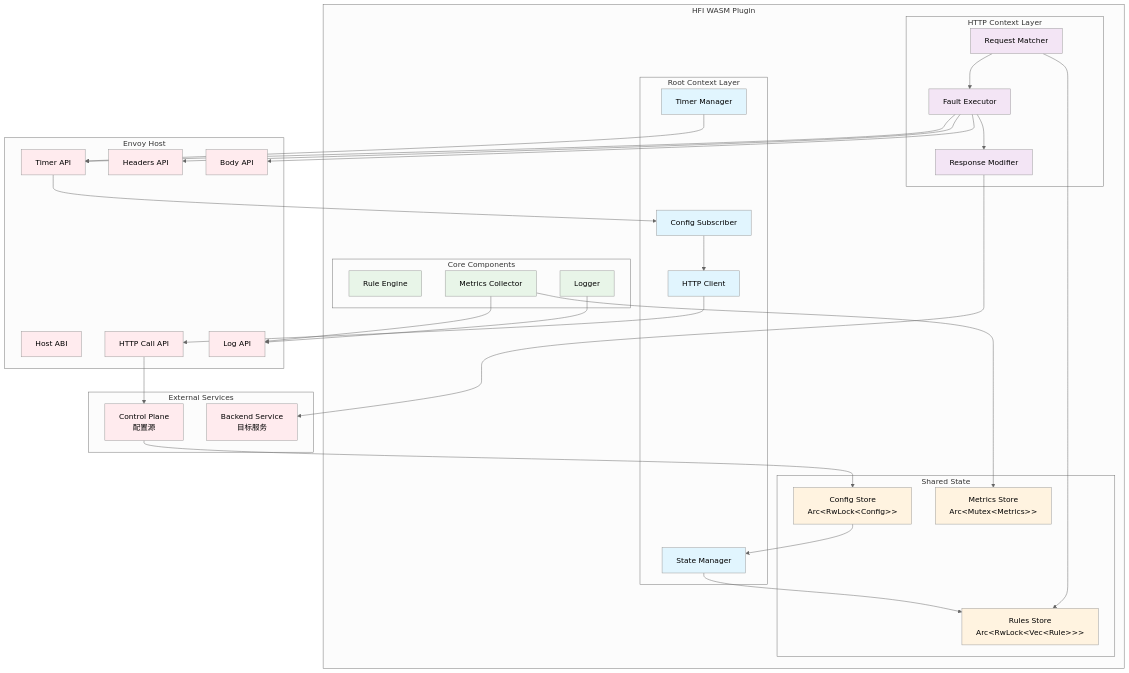
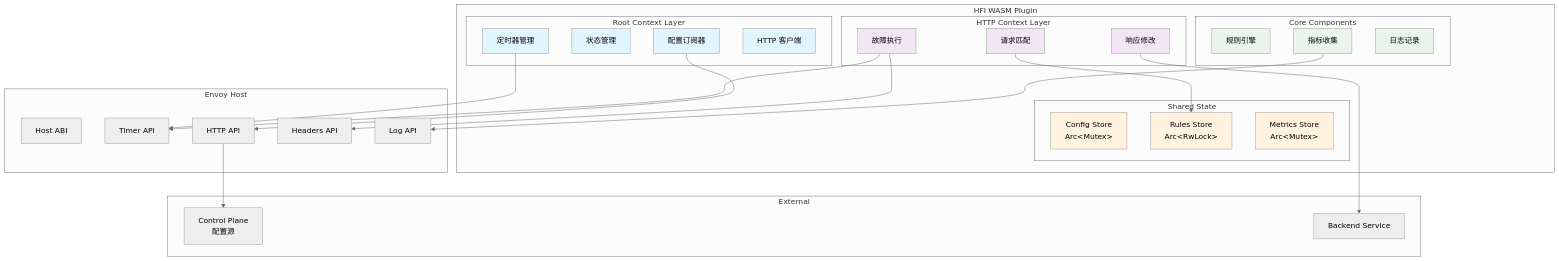
Before and after one commit to kalahetun/Minesweeper: the third of 3 diagrams in executor/docs/dev_doc/WASM_PLUGIN_DEEP_DIVE.md, drawn with Mermaid (neutral theme). The commit also changed other lines of this file and 9 other files, not shown here.

````diff
--- a/executor/docs/dev_doc/WASM_PLUGIN_DEEP_DIVE.md
+++ b/executor/docs/dev_doc/WASM_PLUGIN_DEEP_DIVE.md
@@ -150,82 +90,60 @@
 graph TB
     subgraph "HFI WASM Plugin"
         subgraph "Root Context Layer"
-            ConfigSub[Config Subscriber]
-            StateManager[State Manager]
-            TimerManager[Timer Manager]
-            HttpClient[HTTP Client]
+            ConfigSub[配置订阅器]
+            StateManager[状态管理]
+            TimerManager[定时器管理]
+            HttpClient[HTTP 客户端]
         end
         
         subgraph "HTTP Context Layer"
-            RequestMatcher[Request Matcher]
-            FaultExecutor[Fault Executor]
-            ResponseModifier[Response Modifier]
+            RequestMatcher[请求匹配]
+            FaultExecutor[故障执行]
+            ResponseModifier[响应修改]
         end
         
         subgraph "Core Components"
-            RuleEngine[Rule Engine]
-            MetricsCollector[Metrics Collector]
-            Logger[Logger]
+            RuleEngine[规则引擎]
+            MetricsCollector[指标收集]
+            Logger[日志记录]
         end
         
         subgraph "Shared State"
-            ConfigStore[Config Store<br/>Arc&lt;RwLock&lt;Config&gt;&gt;]
-            RulesStore[Rules Store<br/>Arc&lt;RwLock&lt;Vec&lt;Rule&gt;&gt;&gt;]
-            MetricsStore[Metrics Store<br/>Arc&lt;Mutex&lt;Metrics&gt;&gt;]
+            ConfigStore["Config Store<br/>Arc&lt;Mutex&gt;"]
+            RulesStore["Rules Store<br/>Arc&lt;RwLock&gt;"]
+            MetricsStore["Metrics Store<br/>Arc&lt;Mutex&gt;"]
         end
     end
     
     subgraph "Envoy Host"
         HostABI[Host ABI]
         Timer[Timer API]
-        HttpAPI[HTTP Call API]
+        HttpAPI[HTTP API]
         HeadersAPI[Headers API]
-        BodyAPI[Body API]
         LogAPI[Log API]
     end
     
-    subgraph "External Services"
-        ControlPlane[Control Plane<br/>配置源]
-        Backend[Backend Service<br/>目标服务]
+    subgraph "External"
+        ControlPlane["Control Plane<br/>配置源"]
+        Backend[Backend Service]
     end
     
-    %% 配置流
-    ConfigSub --> HttpClient
-    HttpClient --> HttpAPI
+    ConfigSub --> HttpAPI
     HttpAPI --> ControlPlane
-    ControlPlane --> ConfigStore
-    ConfigStore --> StateManager
-    StateManager --> RulesStore
-    
-    %% 定时器流
     TimerManager --> Timer
-    Timer --> ConfigSub
-    
-    %% 请求处理流
     RequestMatcher --> RulesStore
-    RequestMatcher --> FaultExecutor
     FaultExecutor --> Timer
     FaultExecutor --> HeadersAPI
-    FaultExecutor --> BodyAPI
-    FaultExecutor --> ResponseModifier
+    ResponseModifier --> Backend
+    MetricsCollector --> LogAPI
     
-    %% 监控流
-    MetricsCollector --> MetricsStore
-    MetricsCollector --> LogAPI
-    Logger --> LogAPI
+    classDef root fill:#e1f5fe
+    classDef http fill:#f3e5f5
+    classDef core fill:#e8f5e8
+    classDef shared fill:#fff3e0
     
-    %% 外部通信
-    ResponseModifier --> Backend
-    
-    classDef rootLayer fill:#e1f5fe
-    classDef httpLayer fill:#f3e5f5
-    classDef coreLayer fill:#e8f5e8
-    classDef sharedState fill:#fff3e0
-    classDef external fill:#ffebee
-    
-    class ConfigSub,StateManager,TimerManager,HttpClient rootLayer
-    class RequestMatcher,FaultExecutor,ResponseModifier httpLayer
-    class RuleEngine,MetricsCollector,Logger coreLayer
-    class ConfigStore,RulesStore,MetricsStore sharedState
-    class HostABI,Timer,HttpAPI,HeadersAPI,BodyAPI,LogAPI,ControlPlane,Backend external
+    class ConfigSub,StateManager,TimerManager,HttpClient root
+    class RequestMatcher,FaultExecutor,ResponseModifier http
+    class RuleEngine,MetricsCollector,Logger core
+    class ConfigStore,RulesStore,MetricsStore shared
 ```
````
